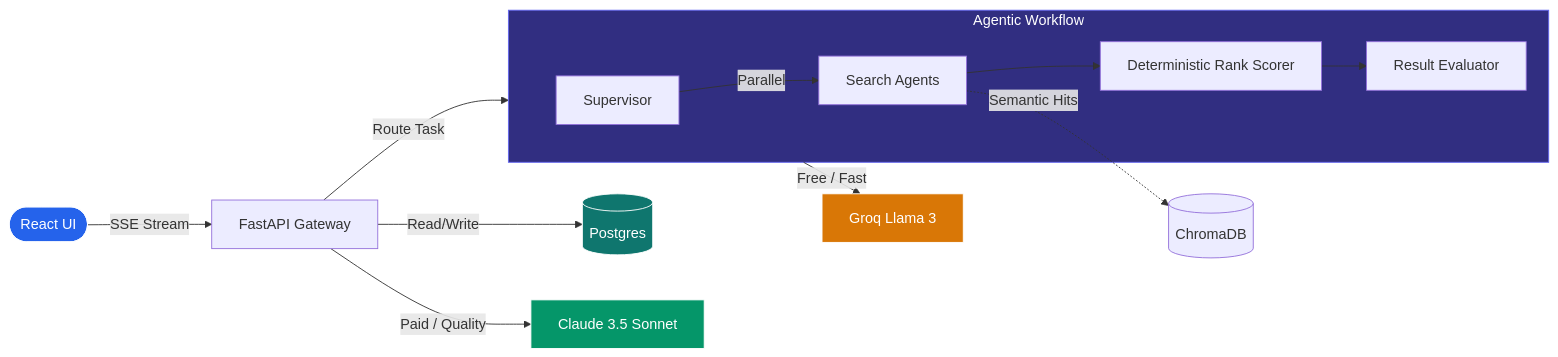
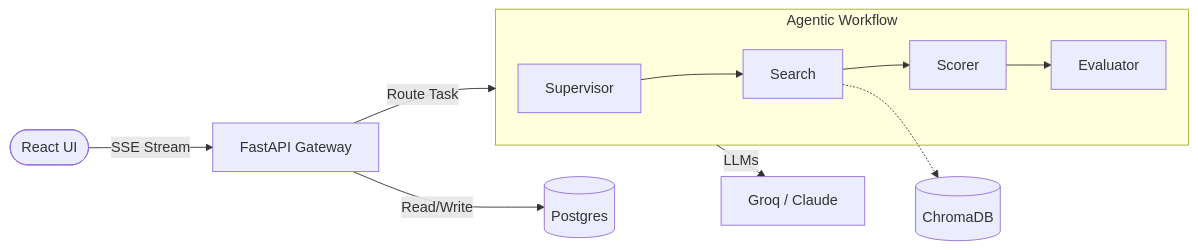
Before and after one commit to jimmykimani/NexusAI: the diagram in README.md, drawn with Mermaid.

Commit message:
docs: simplify architecture diagram for guaranteed rendering

````diff
--- a/README.md
+++ b/README.md
@@ -97,24 +97,16 @@
 ```mermaid
 graph LR
     Browser([React UI]) -- SSE Stream --> API[FastAPI Gateway]
     
     API -- Read/Write --> PG[(Postgres)]
     API -- Route Task --> LangGraph
     
     subgraph LangGraph [Agentic Workflow]
-        Supervisor -->|Parallel| Search[Search Agents]
-        Search --> RankScorer[Deterministic Rank Scorer]
-        RankScorer --> Evaluator[Result Evaluator]
+        Supervisor --> Search[Search]
+        Search --> Scorer[Scorer]
+        Scorer --> Evaluator[Evaluator]
     end
     
-    Search -.-> |Semantic Hits| Chroma[(ChromaDB)]
-    LangGraph -- Free / Fast --> Groq[Groq Llama 3]
-    API -- Paid / Quality --> Claude[Claude 3.5 Sonnet]
-    
-    %% Colors
-    style Browser fill:#2563eb,stroke:#fff,color:#fff
-    style LangGraph fill:#312e81,stroke:#6366f1,color:#fff
-    style Groq fill:#d97706,stroke:#fff,color:#fff
-    style Claude fill:#059669,stroke:#fff,color:#fff
-    style PG fill:#0f766e,stroke:#fff,color:#fff
+    Search -.-> Chroma[(ChromaDB)]
+    LangGraph -- LLMs --> Models[Groq / Claude]
 ```
````
